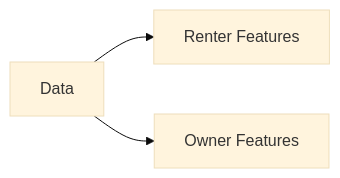
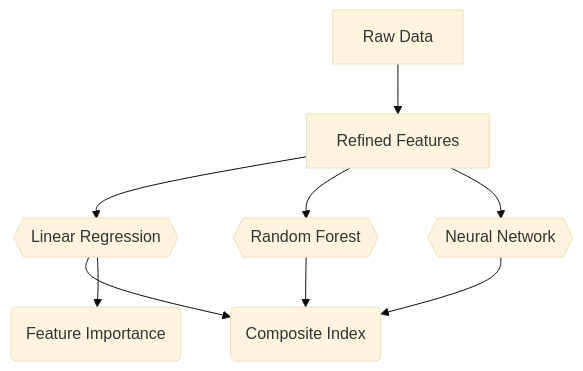
The diagram in README.md (TheAdaptoid/AI4Good_2025), drawn with Mermaid (base theme) before and after one commit. The commit also changed other lines of this file, not shown here.

````diff
--- a/README.md
+++ b/README.md
@@ -66,5 +32,11 @@
 ```mermaid
-graph LR
-A[Data] --> B[Renter Features]
-A --> C[Owner Features]
+graph TD
+A[Raw Data] --> B[Refined Features]
+B --> L{{Linear Regression}}
+B --> R{{Random Forest}}
+B --> N{{Neural Network}}
+L --> I(Composite Index)
+R --> I
+N --> I
+L --> F(Feature Importance)
 ```
````
